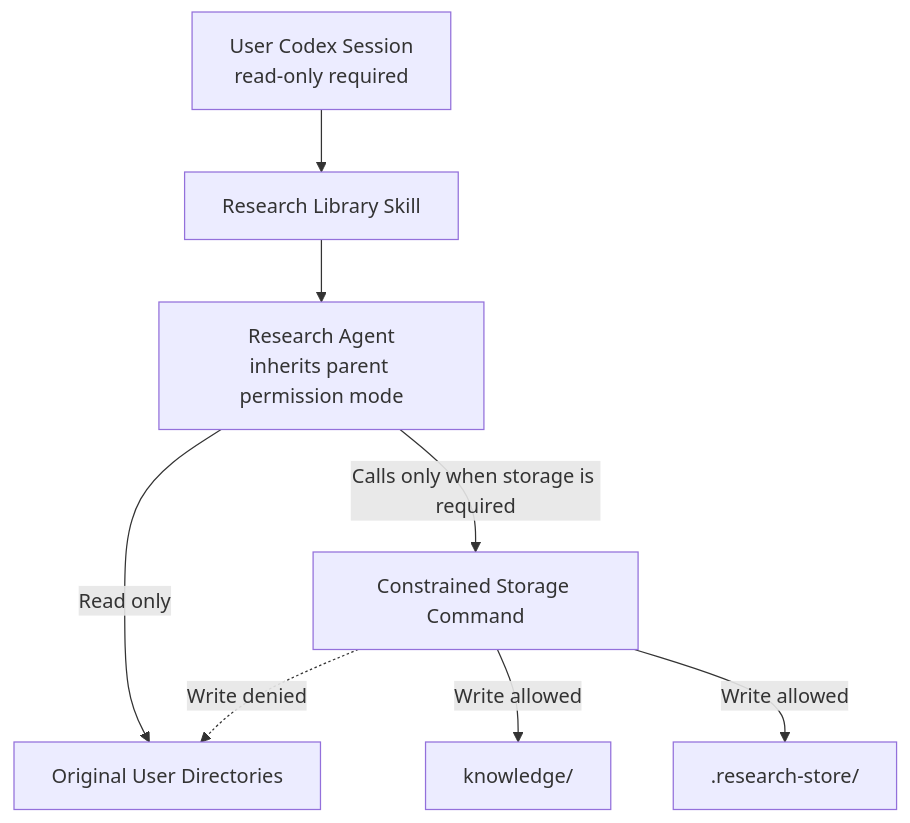
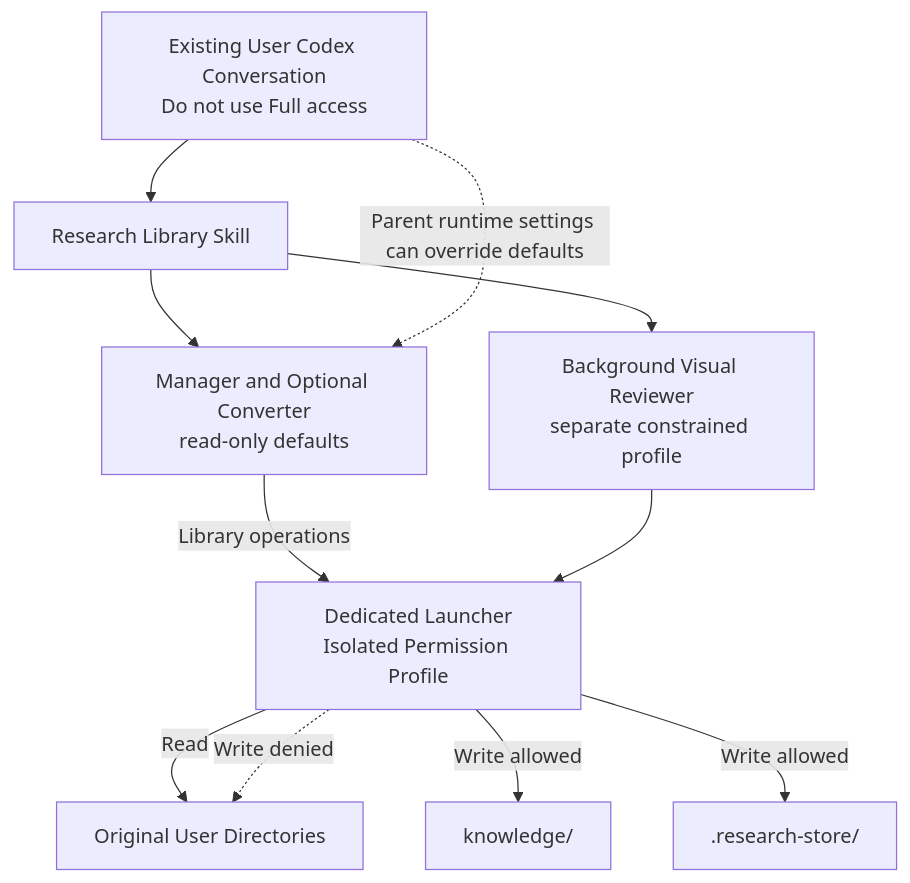
Before and after one commit to LWH4Data/research-agent: the first of 10 diagrams in docs/technical/README.en.md, drawn with Mermaid. The commit also changed other lines of this file and 69 other files, not shown here.

Commit message:
Prepare runtime-only prototype release v0.3.0

````diff
--- a/docs/technical/README.en.md
+++ b/docs/technical/README.en.md
@@ -34,10 +48,13 @@
 ```mermaid
 flowchart TD
-    U[User Codex Session<br/>read-only required] --> S[Research Library Skill]
-    S --> A[Research Agent<br/>inherits parent permission mode]
-    A -->|Read only| P[Original User Directories]
-    A -->|Calls only when storage is required| L[Constrained Storage Command]
+    U[Existing User Codex Conversation<br/>Do not use Full access] --> S[Research Library Skill]
+    S --> A[Manager and Optional Converter<br/>read-only defaults]
+    S --> B[Background Visual Reviewer<br/>separate constrained profile]
+    U -.->|Parent runtime settings can override defaults| A
+    A -->|Library operations| L[Dedicated Launcher<br/>Isolated Permission Profile]
+    B --> L
+    L -->|Read| P[Original User Directories]
     L -->|Write allowed| K[knowledge/]
     L -->|Write allowed| D[.research-store/]
     L -.->|Write denied| P
 ```
````
